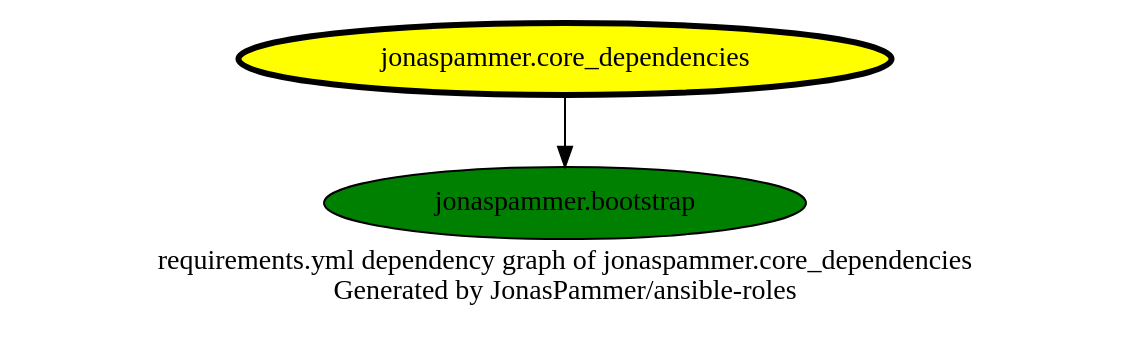
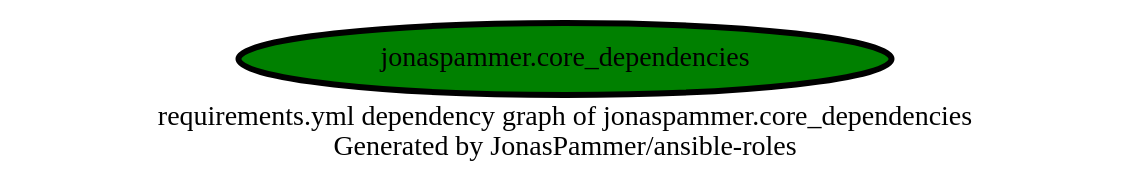
One commit to JonasPammer/ansible-roles changed the diagram in graphs/dependencies_core_dependencies.dot. Above: the diagram before and after it, drawn with Graphviz. The commit also changed 32 other files, not shown here.

```diff
--- a/graphs/dependencies_core_dependencies.dot
+++ b/graphs/dependencies_core_dependencies.dot
@@ -1,12 +1,10 @@
 digraph hierarchy {
   label = "requirements.yml dependency graph of jonaspammer.core_dependencies \n Generated by JonasPammer/ansible-roles" ;
   overlap=false
 
   {
-    "jonaspammer.core_dependencies" [fillcolor=yellow style=filled penwidth=3]
-    "jonaspammer.bootstrap" [fillcolor=green style=filled ]
+    "jonaspammer.core_dependencies" [fillcolor=green style=filled penwidth=3]
   }
 
 
-  "jonaspammer.core_dependencies" -> {"jonaspammer.bootstrap"}
 }
```
